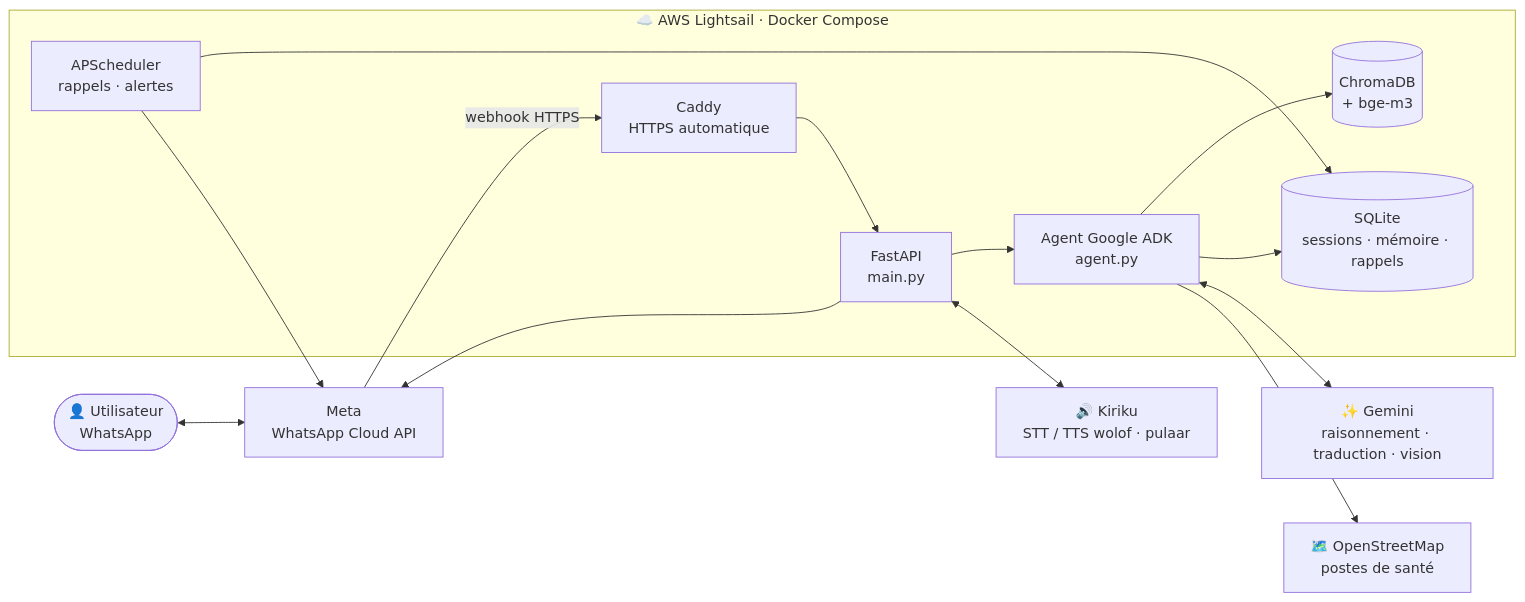
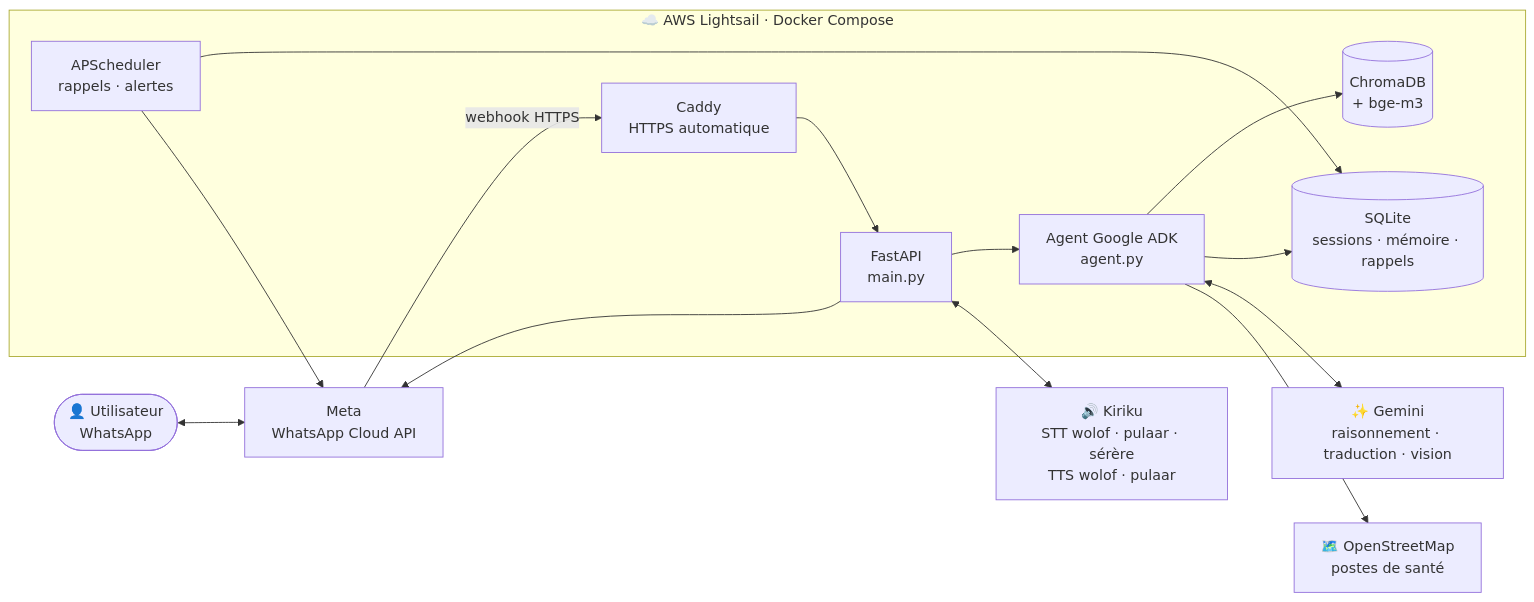
The second of 6 diagrams in README.md (Alioukun221/Sunuchat_Voicebot), drawn with Mermaid before and after one commit. The commit also changed other lines of this file and 15 other files, not shown here.

First line of the commit message:
Sérère : dictionnaire de santé de Crétois, réponses vérifiées, voix pulaar

````diff
--- a/README.md
+++ b/README.md
@@ -112,25 +116,25 @@
 ```mermaid
 flowchart LR
     U(["👤 Utilisateur<br/>WhatsApp"]) <--> META["Meta<br/>WhatsApp Cloud API"]
     META -- "webhook HTTPS" --> CADDY["Caddy<br/>HTTPS automatique"]
     CADDY --> API["FastAPI<br/>main.py"]
 
     subgraph SERVEUR["☁️ AWS Lightsail · Docker Compose"]
         CADDY
         API
         AGENT["Agent Google ADK<br/>agent.py"]
         RAG[("ChromaDB<br/>+ bge-m3")]
         DB[("SQLite<br/>sessions · mémoire · rappels")]
         SCHED["APScheduler<br/>rappels · alertes"]
     end
 
     API --> AGENT
     AGENT --> RAG
     AGENT --> DB
     SCHED --> DB
-    API <--> KIRIKU["🔊 Kiriku<br/>STT / TTS wolof · pulaar"]
+    API <--> KIRIKU["🔊 Kiriku<br/>STT wolof · pulaar · sérère<br/>TTS wolof · pulaar"]
     AGENT <--> GEMINI["✨ Gemini<br/>raisonnement · traduction · vision"]
     AGENT --> OSM["🗺️ OpenStreetMap<br/>postes de santé"]
     SCHED --> META
     API --> META
 ```
````
